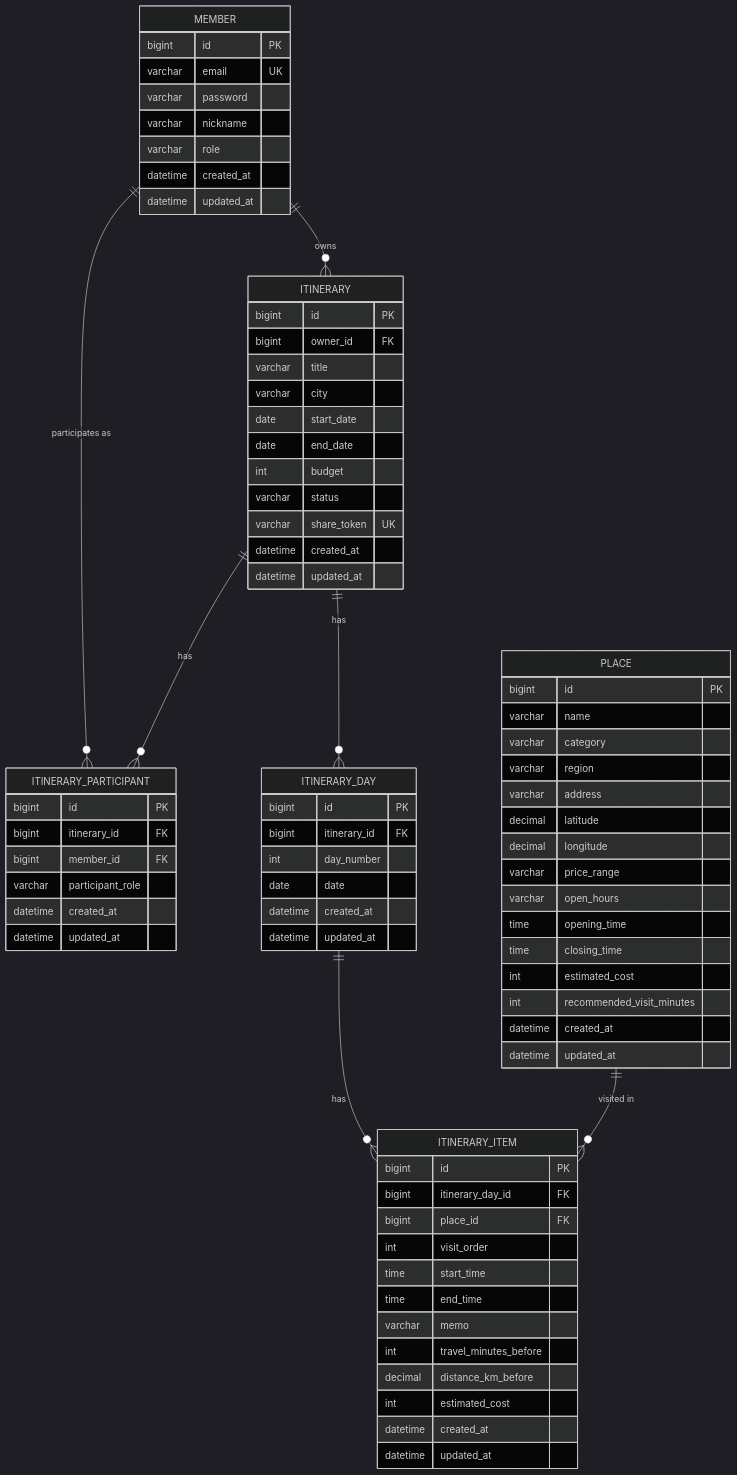
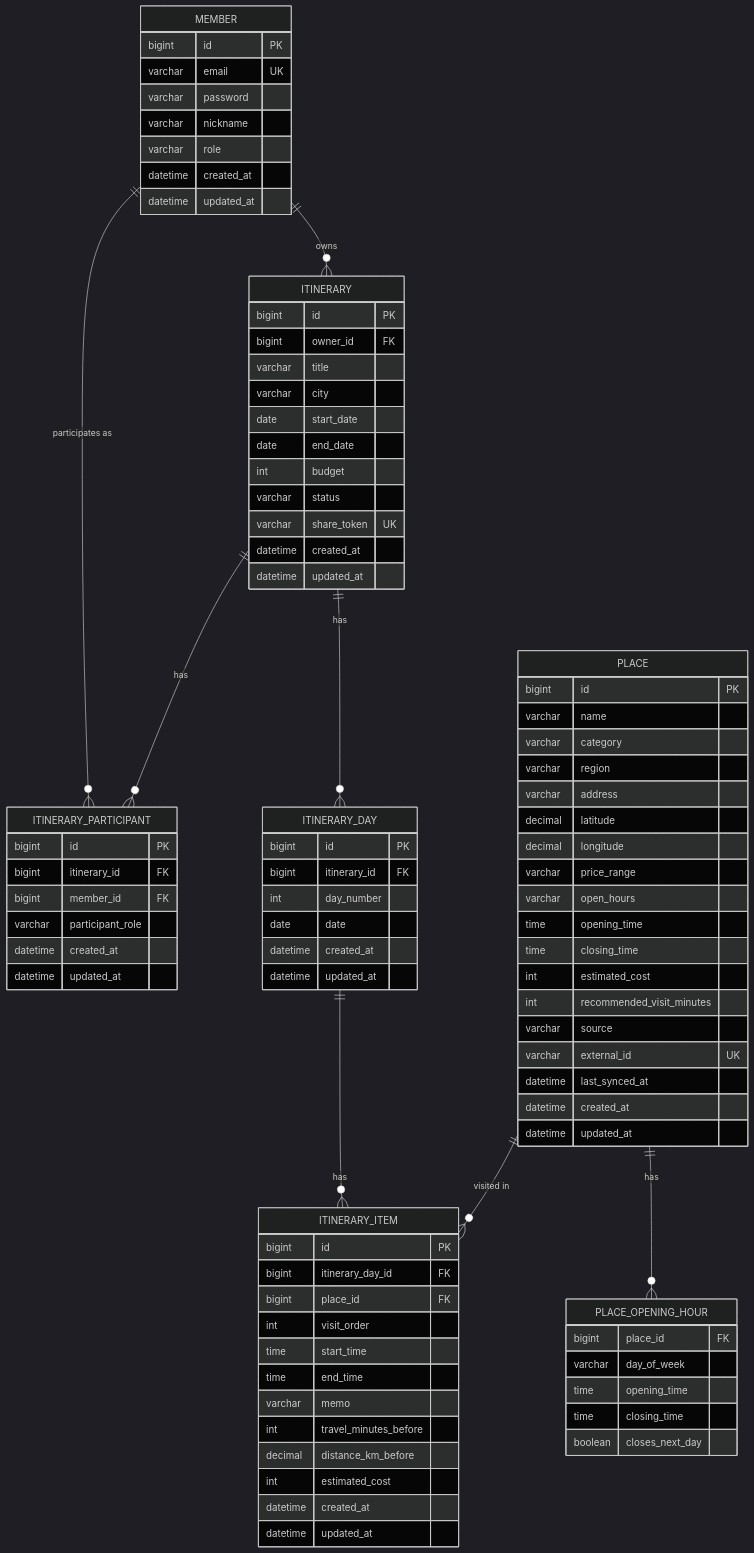
Before and after one commit to springday3355-tech/TravelPlanner: the diagram in docs/architecture/TravelPlanner-ERD.md, drawn with Mermaid (dark theme). The commit also changed other lines of this file and 7 other files, not shown here.

````diff
--- a/docs/architecture/TravelPlanner-ERD.md
+++ b/docs/architecture/TravelPlanner-ERD.md
@@ -12,6 +12,7 @@
     ITINERARY ||--o{ ITINERARY_DAY : has
     ITINERARY_DAY ||--o{ ITINERARY_ITEM : has
     PLACE ||--o{ ITINERARY_ITEM : "visited in"
+    PLACE ||--o{ PLACE_OPENING_HOUR : has
 
     MEMBER {
         bigint id PK
@@ -84,7 +85,18 @@
         time closing_time
         int estimated_cost
         int recommended_visit_minutes
+        varchar source
+        varchar external_id UK
+        datetime last_synced_at
         datetime created_at
         datetime updated_at
     }
+
+    PLACE_OPENING_HOUR {
+        bigint place_id FK
+        varchar day_of_week
+        time opening_time
+        time closing_time
+        boolean closes_next_day
+    }
 ```
````
